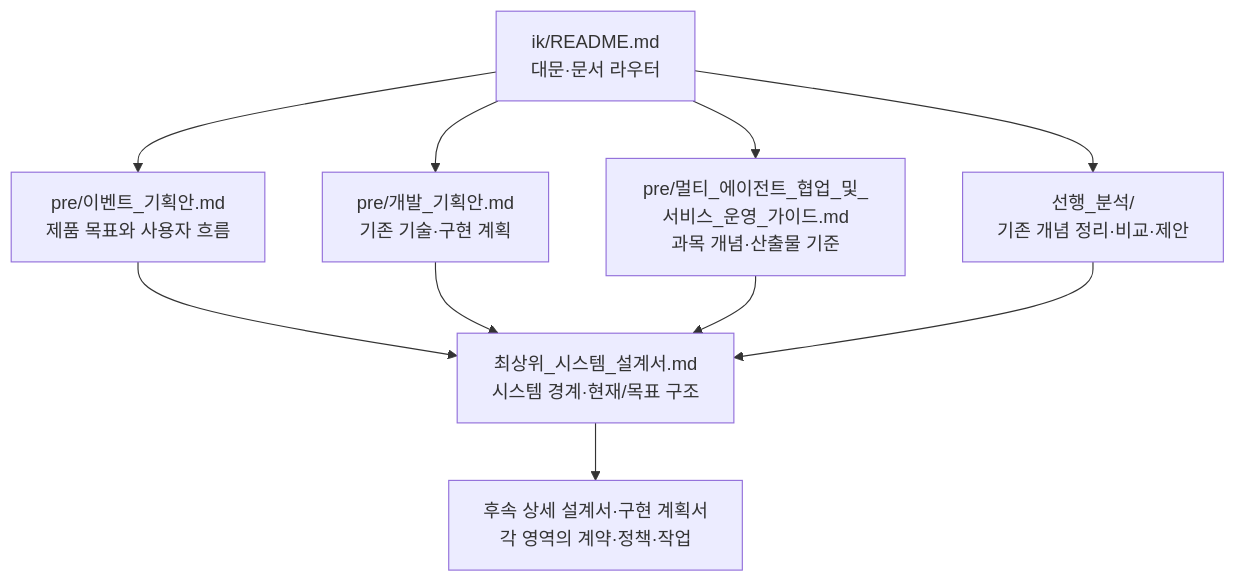
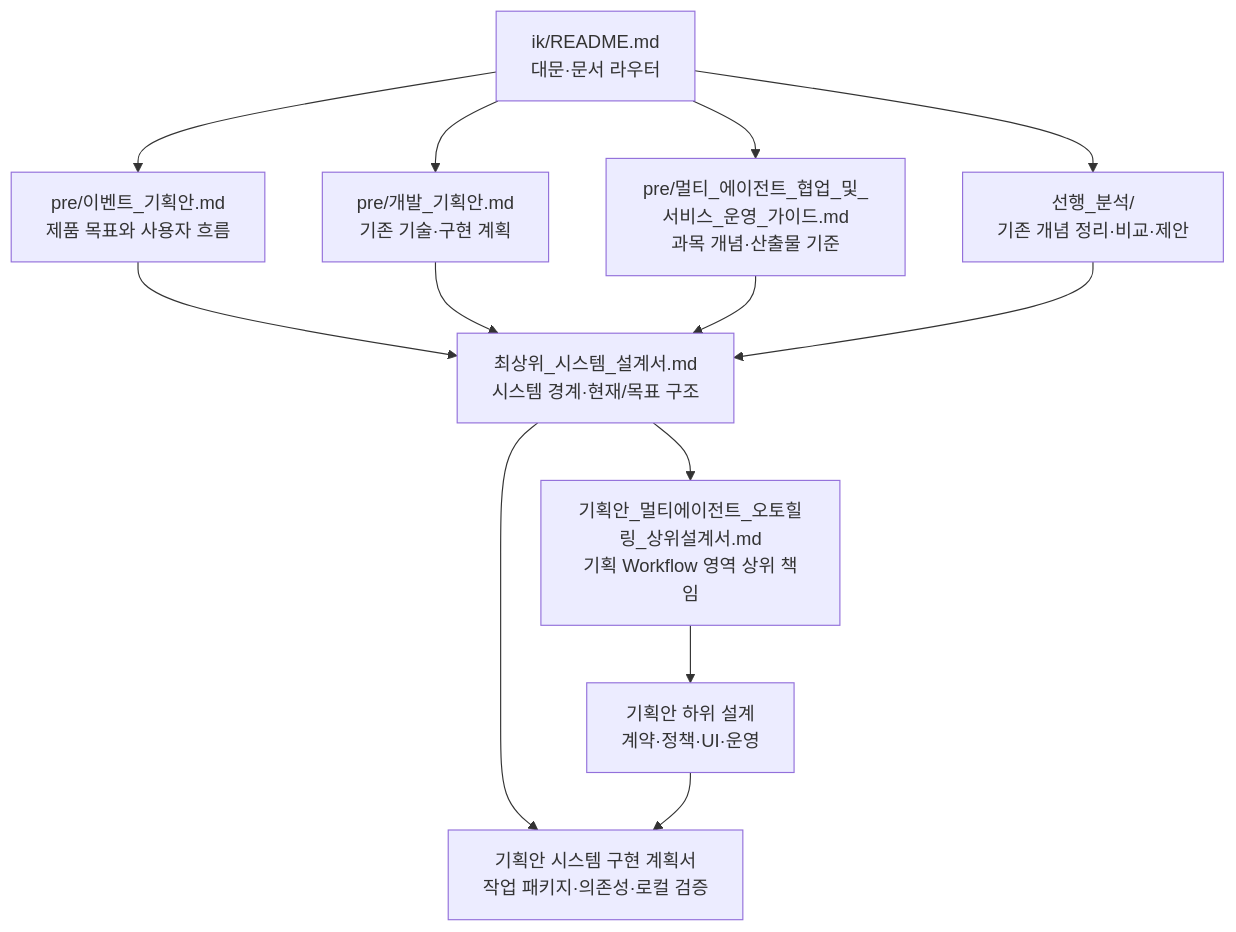
One commit to encore-ai-campus/aio-01-p3-team2 changed the diagram in docs/ik/README.md. Above: the diagram before and after it, drawn with Mermaid. The commit also changed other lines of this file and 24 other files, not shown here.

````diff
--- a/docs/ik/README.md
+++ b/docs/ik/README.md
@@ -60,20 +64,25 @@
 ```mermaid
 flowchart TD
     README[ik/README.md<br/>대문·문서 라우터]
     PLAN[pre/이벤트_기획안.md<br/>제품 목표와 사용자 흐름]
     DEV[pre/개발_기획안.md<br/>기존 기술·구현 계획]
     GUIDE[pre/멀티_에이전트_협업_및_서비스_운영_가이드.md<br/>과목 개념·산출물 기준]
     ANALYSIS[선행_분석/<br/>기존 개념 정리·비교·제안]
     TOP[최상위_시스템_설계서.md<br/>시스템 경계·현재/목표 구조]
-    CHILD[후속 상세 설계서·구현 계획서<br/>각 영역의 계약·정책·작업]
+    AGENT[기획안_멀티에이전트_오토힐링_상위설계서.md<br/>기획 Workflow 영역 상위 책임]
+    DETAIL[기획안 하위 설계<br/>계약·정책·UI·운영]
+    CHILD[기획안 시스템 구현 계획서<br/>작업 패키지·의존성·로컬 검증]
 
     README --> PLAN
     README --> DEV
     README --> GUIDE
     README --> ANALYSIS
     PLAN --> TOP
     DEV --> TOP
     GUIDE --> TOP
     ANALYSIS --> TOP
+    TOP --> AGENT
+    AGENT --> DETAIL
     TOP --> CHILD
+    DETAIL --> CHILD
 ```
````
